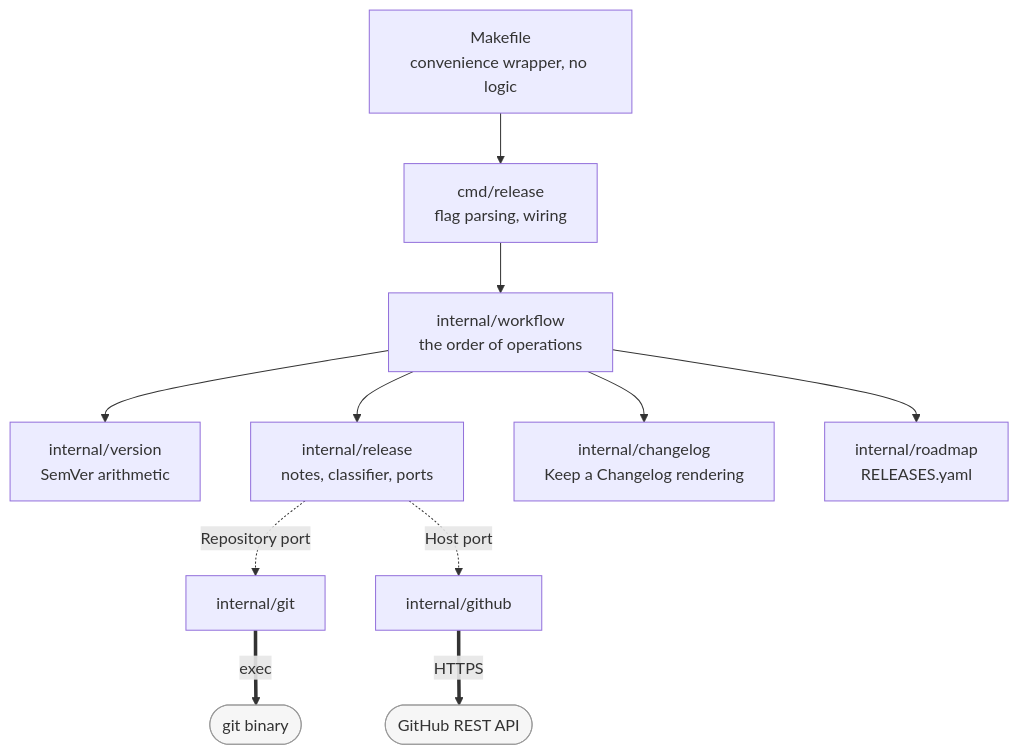
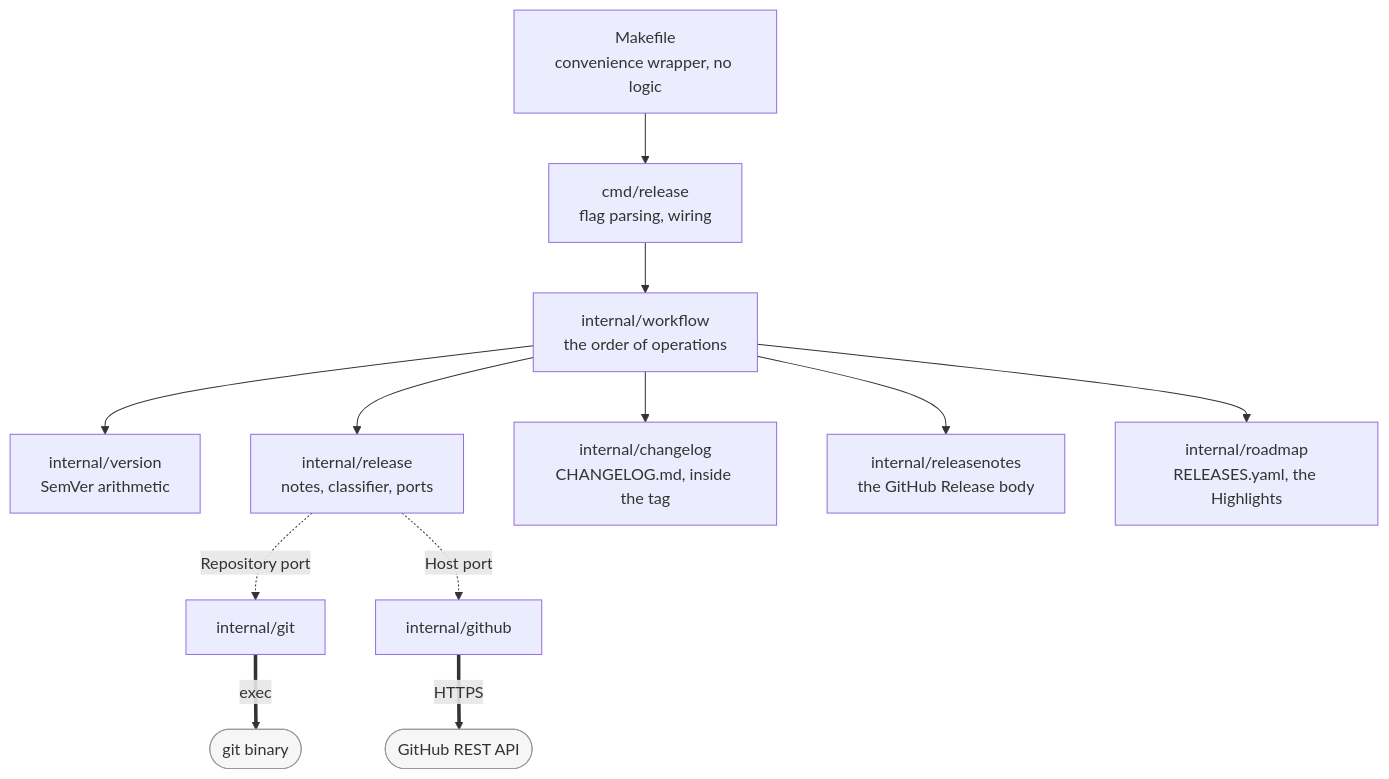
One commit to teddynted/designing-an-ai-agent-platform-on-aws changed the fourth of 4 diagrams in RELEASE_MANAGEMENT.md. Above: the diagram before and after it, drawn with Mermaid. The commit also changed other lines of this file and 23 other files, not shown here.

First line of the commit message:
Add structured GitHub Release notes

````diff
--- a/RELEASE_MANAGEMENT.md
+++ b/RELEASE_MANAGEMENT.md
@@ -362,19 +421,20 @@
 ```mermaid
 flowchart TB
     MK["Makefile<br/>convenience wrapper, no logic"] --> CMD["cmd/release<br/>flag parsing, wiring"]
     CMD --> WF["internal/workflow<br/>the order of operations"]
 
     WF --> VER["internal/version<br/>SemVer arithmetic"]
     WF --> REL["internal/release<br/>notes, classifier, ports"]
-    WF --> CL["internal/changelog<br/>Keep a Changelog rendering"]
-    WF --> RM["internal/roadmap<br/>RELEASES.yaml"]
+    WF --> CL["internal/changelog<br/>CHANGELOG.md, inside the tag"]
+    WF --> RN["internal/releasenotes<br/>the GitHub Release body"]
+    WF --> RM["internal/roadmap<br/>RELEASES.yaml, the Highlights"]
 
     REL -.->|"Repository port"| GIT["internal/git"]
     REL -.->|"Host port"| GH["internal/github"]
 
     GIT ==>|"exec"| BIN(["git binary"])
     GH ==>|"HTTPS"| API(["GitHub REST API"])
 
     style BIN fill:#f6f6f6,stroke:#999
     style API fill:#f6f6f6,stroke:#999
 ```
````
